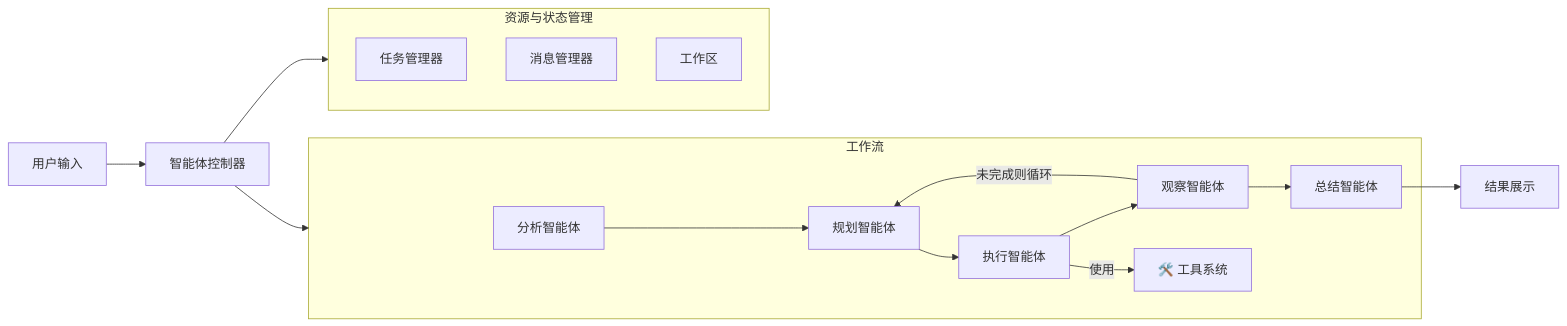
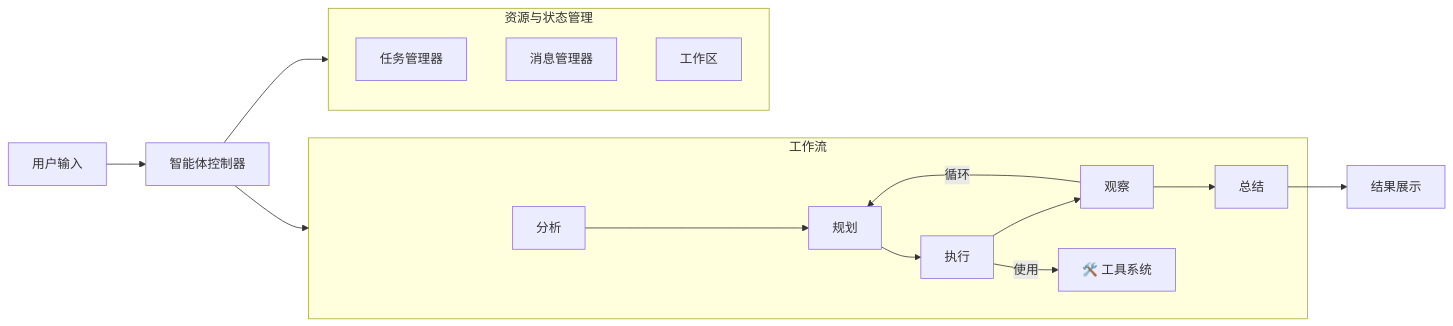
The diagram in README_CN.md (ZHangZHengEric/Sage), drawn with Mermaid before and after one commit. The commit also changed other lines of this file and 2 other files, not shown here.

````diff
--- a/README_CN.md
+++ b/README_CN.md
@@ -145,19 +75,19 @@
 ```mermaid
 graph LR
     U[用户输入] --> AC[智能体控制器]
     AC --> WF
     AC --> RM
 
     subgraph WF[工作流]
-        A[分析智能体] --> B[规划智能体] --> C[执行智能体] --> D[观察智能体] --> E[总结智能体]
-        D -- "未完成则循环" --> B
+        A[分析] --> B[规划] --> C[执行] --> D[观察] --> E[总结]
+        D -- "循环" --> B
         C -- 使用 --> X[🛠️ 工具系统]
     end
     E --> R[结果展示]
 
-    subgraph RM["资源与状态管理"]
+    subgraph RM[资源与状态管理]
         F[任务管理器]
         G[消息管理器]
         H[工作区]
     end
 ```
````
